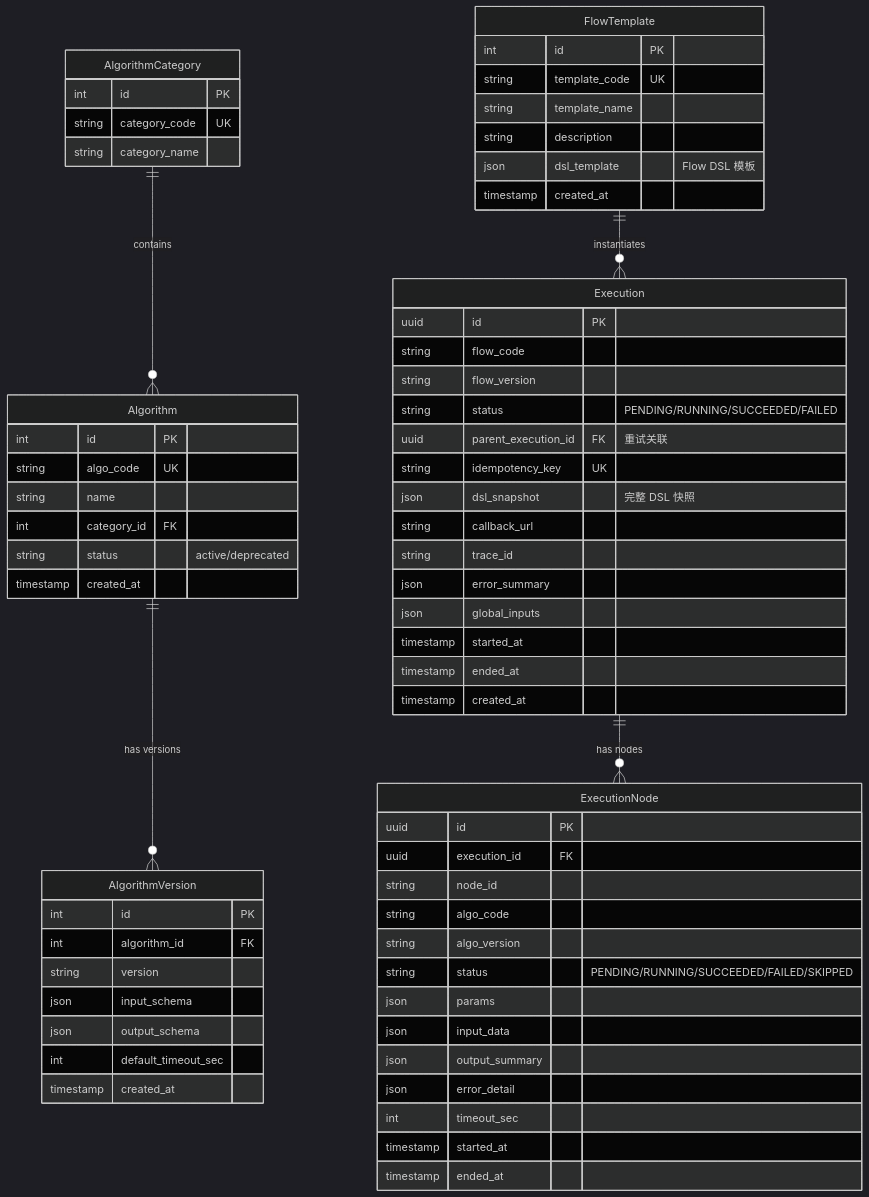
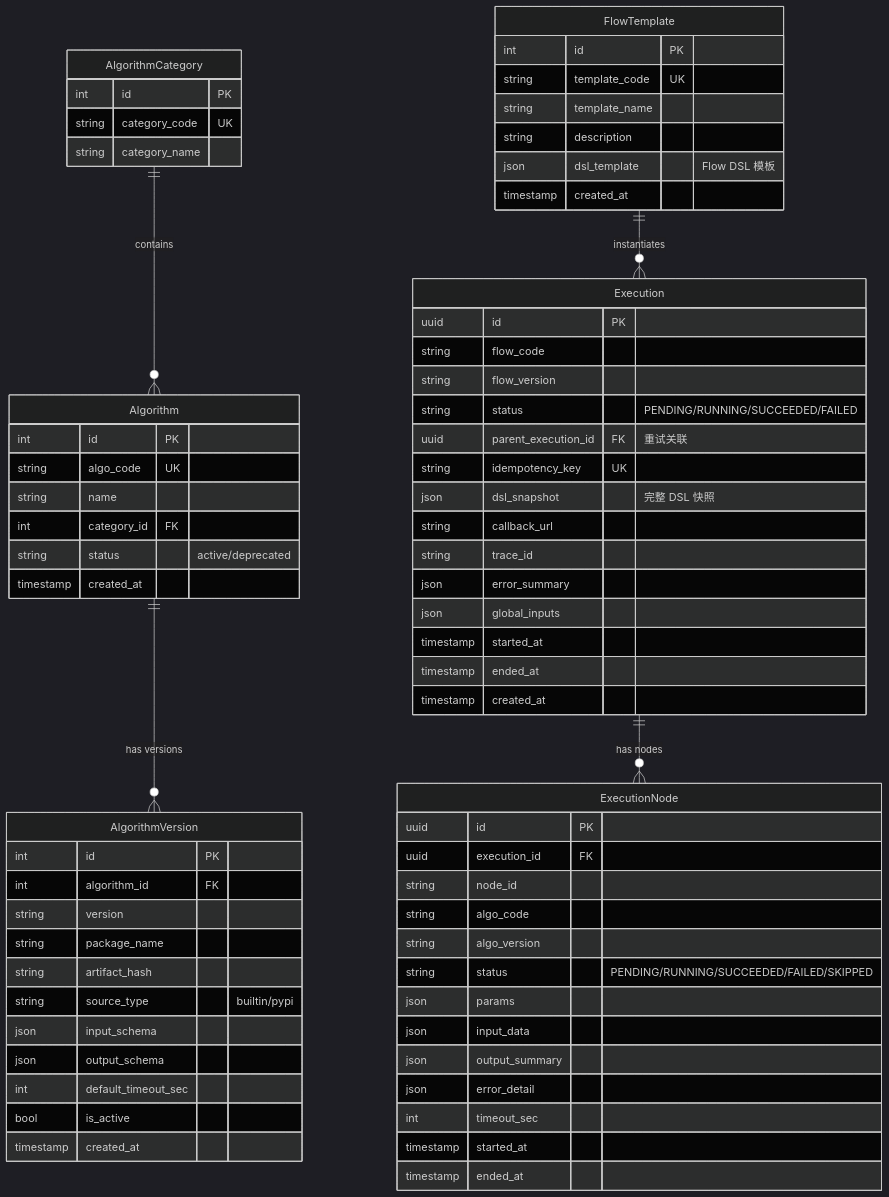
One commit to shengwenda76-bit/algorithm_repository changed the fourth of 9 diagrams in docs/plans/2026-03-09-algorithm-platform-architecture-design.md. Above: the diagram before and after it, drawn with Mermaid (dark theme). The commit also changed other lines of this file and 38 other files, not shown here.

````diff
--- a/docs/plans/2026-03-09-algorithm-platform-architecture-design.md
+++ b/docs/plans/2026-03-09-algorithm-platform-architecture-design.md
@@ -347,74 +416,78 @@
 ```mermaid
 erDiagram
     Algorithm ||--o{ AlgorithmVersion : "has versions"
     AlgorithmCategory ||--o{ Algorithm : "contains"
     Execution ||--o{ ExecutionNode : "has nodes"
     FlowTemplate ||--o{ Execution : "instantiates"
 
     AlgorithmCategory {
         int id PK
         string category_code UK
         string category_name
     }
 
     Algorithm {
         int id PK
         string algo_code UK
         string name
         int category_id FK
         string status "active/deprecated"
         timestamp created_at
     }
 
     AlgorithmVersion {
         int id PK
         int algorithm_id FK
         string version
+        string package_name
+        string artifact_hash
+        string source_type "builtin/pypi"
         json input_schema
         json output_schema
         int default_timeout_sec
+        bool is_active
         timestamp created_at
     }
 
     Execution {
         uuid id PK
         string flow_code
         string flow_version
         string status "PENDING/RUNNING/SUCCEEDED/FAILED"
         uuid parent_execution_id FK "重试关联"
         string idempotency_key UK
         json dsl_snapshot "完整 DSL 快照"
         string callback_url
         string trace_id
         json error_summary
         json global_inputs
         timestamp started_at
         timestamp ended_at
         timestamp created_at
     }
 
     ExecutionNode {
         uuid id PK
         uuid execution_id FK
         string node_id
         string algo_code
         string algo_version
         string status "PENDING/RUNNING/SUCCEEDED/FAILED/SKIPPED"
         json params
         json input_data
         json output_summary
         json error_detail
         int timeout_sec
         timestamp started_at
         timestamp ended_at
     }
 
     FlowTemplate {
         int id PK
         string template_code UK
         string template_name
         string description
         json dsl_template "Flow DSL 模板"
         timestamp created_at
     }
 ```
````
